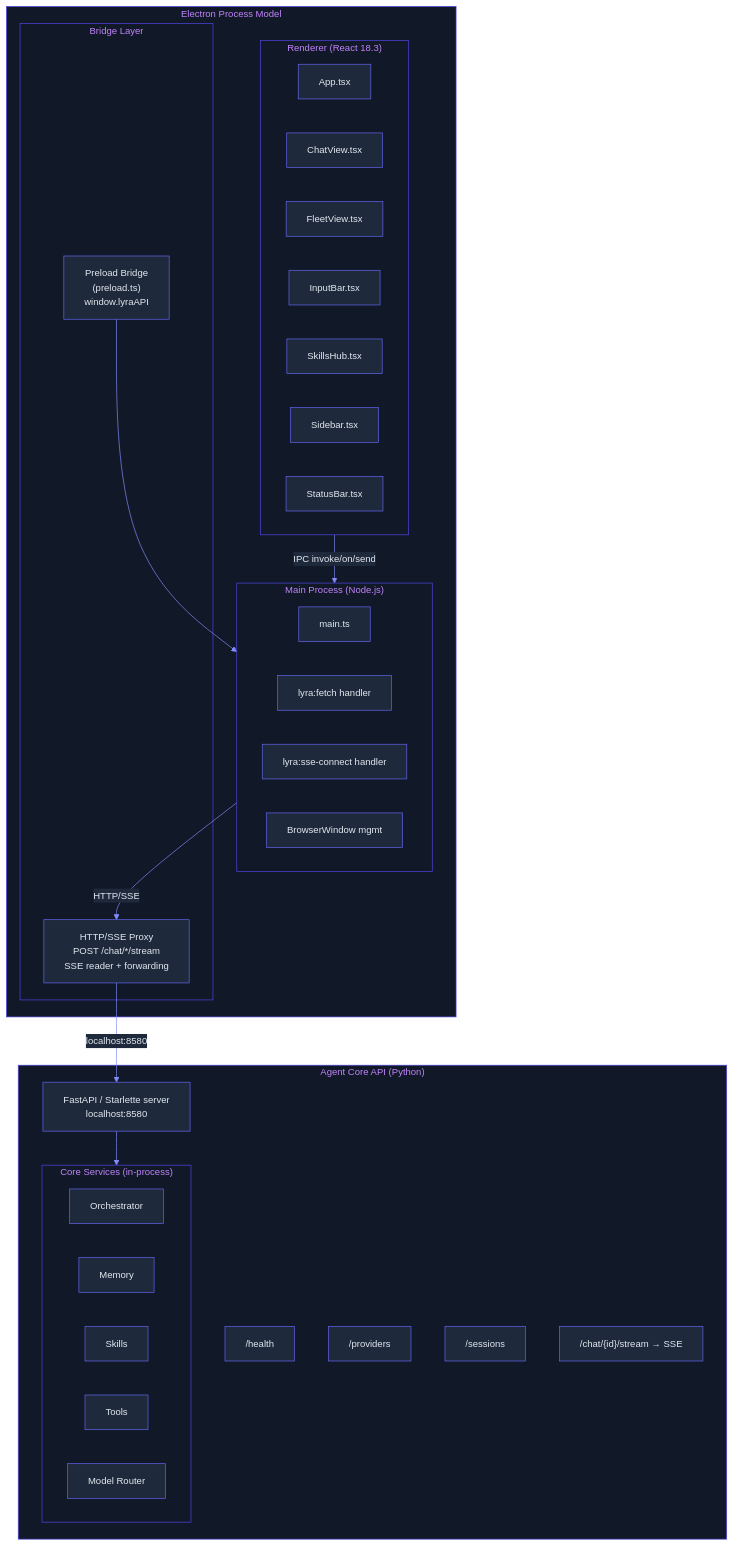
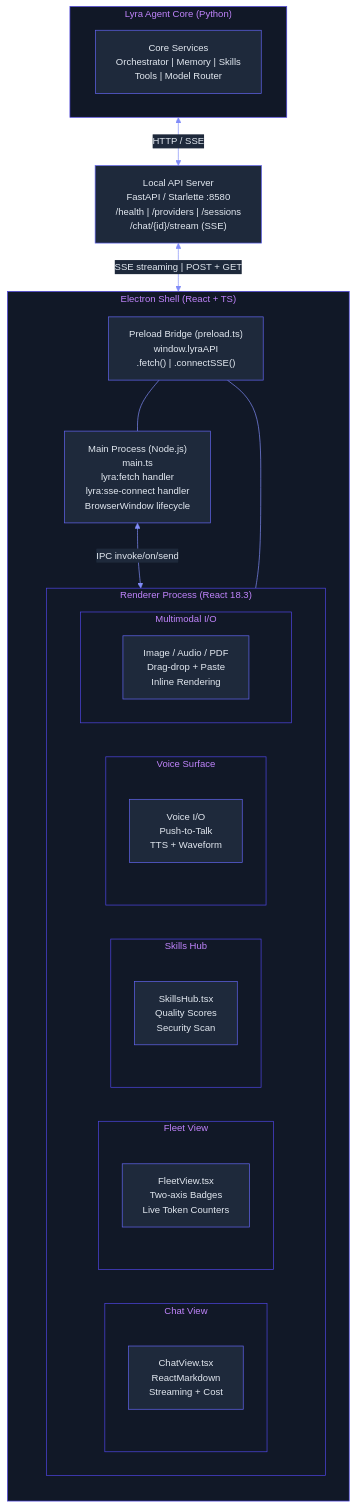
One commit to ndqkhanh/lyra changed the second of 2 diagrams in docs/innovations/desktop.md. Above: the diagram before and after it, drawn with Mermaid. The commit also changed other lines of this file and 186 other files, not shown here.

````diff
--- a/docs/innovations/desktop.md
+++ b/docs/innovations/desktop.md
@@ -106,60 +106,57 @@
 ```mermaid
 %%{init: {'theme': 'base', 'themeVariables': {
   'primaryColor': '#7c3aed',
   'primaryTextColor': '#e2e8f0',
   'primaryBorderColor': '#a78bfa',
   'lineColor': '#818cf8',
   'secondaryColor': '#1e293b',
   'tertiaryColor': '#0f172a',
   'background': '#0d0d1a',
   'mainBkg': '#1e293b',
   'nodeBorder': '#6366f1',
   'clusterBkg': '#111827',
   'clusterBorder': '#4f46e5',
   'titleColor': '#c084fc',
   'edgeLabelBackground': '#1e293b',
   'nodeTextColor': '#e2e8f0',
   'fontSize': '14px'
 }}}%%
-graph TB
-    subgraph Electron["Electron Process Model"]
-        subgraph Renderer["Renderer (React 18.3)"]
-            APP["App.tsx"]
-            CHAT["ChatView.tsx"]
-            FLEET["FleetView.tsx"]
-            INPUT["InputBar.tsx"]
-            SKILLS["SkillsHub.tsx"]
-            SIDEBAR["Sidebar.tsx"]
-            STATBAR["StatusBar.tsx"]
+flowchart TB
+    subgraph AGENT["Lyra Agent Core (Python)"]
+        direction LR
+        CORE["Core Services<br/>Orchestrator | Memory | Skills<br/>Tools | Model Router"]
+    end
+
+    AGENT <-->|"HTTP / SSE"| API["Local API Server<br/>FastAPI / Starlette :8580<br/>/health | /providers | /sessions<br/>/chat/{id}/stream (SSE)"]
+
+    subgraph SHELL["Electron Shell (React + TS)"]
+        direction TB
+        MAIN["Main Process (Node.js)<br/>main.ts<br/>lyra:fetch handler<br/>lyra:sse-connect handler<br/>BrowserWindow lifecycle"]
+        PRELOAD["Preload Bridge (preload.ts)<br/>window.lyraAPI<br/>.fetch() | .connectSSE()"]
+
+        subgraph RENDERER["Renderer Process (React 18.3)"]
+            direction LR
+            subgraph CV["Chat View"]
+                CHAT["ChatView.tsx<br/>ReactMarkdown<br/>Streaming + Cost"]
+            end
+            subgraph FV["Fleet View"]
+                FLEET["FleetView.tsx<br/>Two-axis Badges<br/>Live Token Counters"]
+            end
+            subgraph SH["Skills Hub"]
+                SKHUB["SkillsHub.tsx<br/>Quality Scores<br/>Security Scan"]
+            end
+            subgraph VO["Voice Surface"]
+                VOICE["Voice I/O<br/>Push-to-Talk<br/>TTS + Waveform"]
+            end
+            subgraph MM["Multimodal I/O"]
+                MULTI["Image / Audio / PDF<br/>Drag-drop + Paste<br/>Inline Rendering"]
+            end
         end
-        subgraph Main["Main Process (Node.js)"]
-            MAIN_TS["main.ts"]
-            FETCH_H["lyra:fetch handler"]
-            SSE_H["lyra:sse-connect handler"]
-            WIN_MGR["BrowserWindow mgmt"]
-        end
-        subgraph Bridge["Bridge Layer"]
-            PRELOAD["Preload Bridge<br/>(preload.ts)<br/>window.lyraAPI"]
-            PROXY["HTTP/SSE Proxy<br/>POST /chat/*/stream<br/>SSE reader + forwarding"]
-        end
+
+        MAIN <-->|"IPC invoke/on/send"| RENDERER
+        PRELOAD --- MAIN
+        PRELOAD --- RENDERER
     end
-    subgraph AgentCore["Agent Core API (Python)"]
-        FASTAPI["FastAPI / Starlette server<br/>localhost:8580"]
-        HEALTH["/health"]
-        PROVIDERS["/providers"]
-        SESSIONS["/sessions"]
-        STREAM["/chat/{id}/stream → SSE"]
-        subgraph Services["Core Services (in-process)"]
-            ORCH["Orchestrator"]
-            MEM["Memory"]
-            SK["Skills"]
-            TOOLS["Tools"]
-            ROUTER["Model Router"]
-        end
-    end
-    Renderer -->|"IPC invoke/on/send"| Main
-    PRELOAD --> Main
-    Main -->|"HTTP/SSE"| PROXY
-    PROXY -->|"localhost:8580"| FASTAPI
-    FASTAPI --> Services
+
+    API <-->|"SSE streaming | POST + GET"| MAIN
 ```
````
